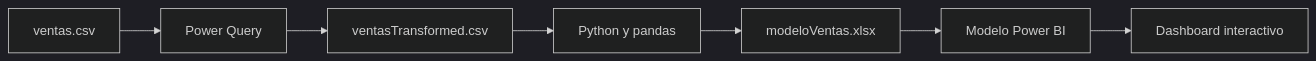
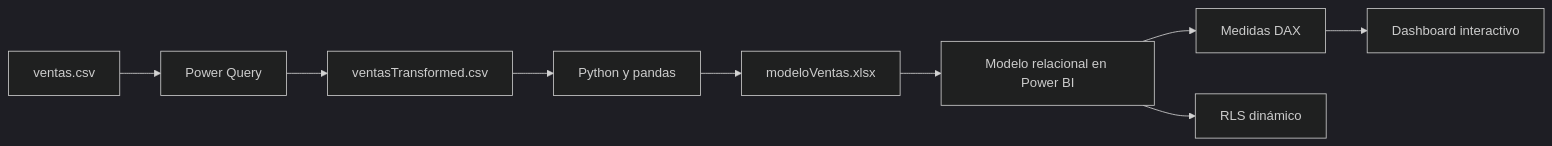
One commit to Dcuastumal/techcore-sales-analytics changed the second of 2 diagrams in README.md. Above: the diagram before and after it, drawn with Mermaid (dark theme). The commit also changed other lines of this file, not shown here.

````diff
--- a/README.md
+++ b/README.md
@@ -187,9 +326,11 @@
 ```mermaid
 flowchart LR
-    A[ventas.csv] --> B[Power Query]
-    B --> C[ventasTransformed.csv]
-    C --> D[Python y pandas]
-    D --> E[modeloVentas.xlsx]
-    E --> F[Modelo Power BI]
-    F --> G[Dashboard interactivo]
+    A["ventas.csv"] --> B["Power Query"]
+    B --> C["ventasTransformed.csv"]
+    C --> D["Python y pandas"]
+    D --> E["modeloVentas.xlsx"]
+    E --> F["Modelo relacional en Power BI"]
+    F --> G["Medidas DAX"]
+    G --> H["Dashboard interactivo"]
+    F --> I["RLS dinámico"]
 ```
````
